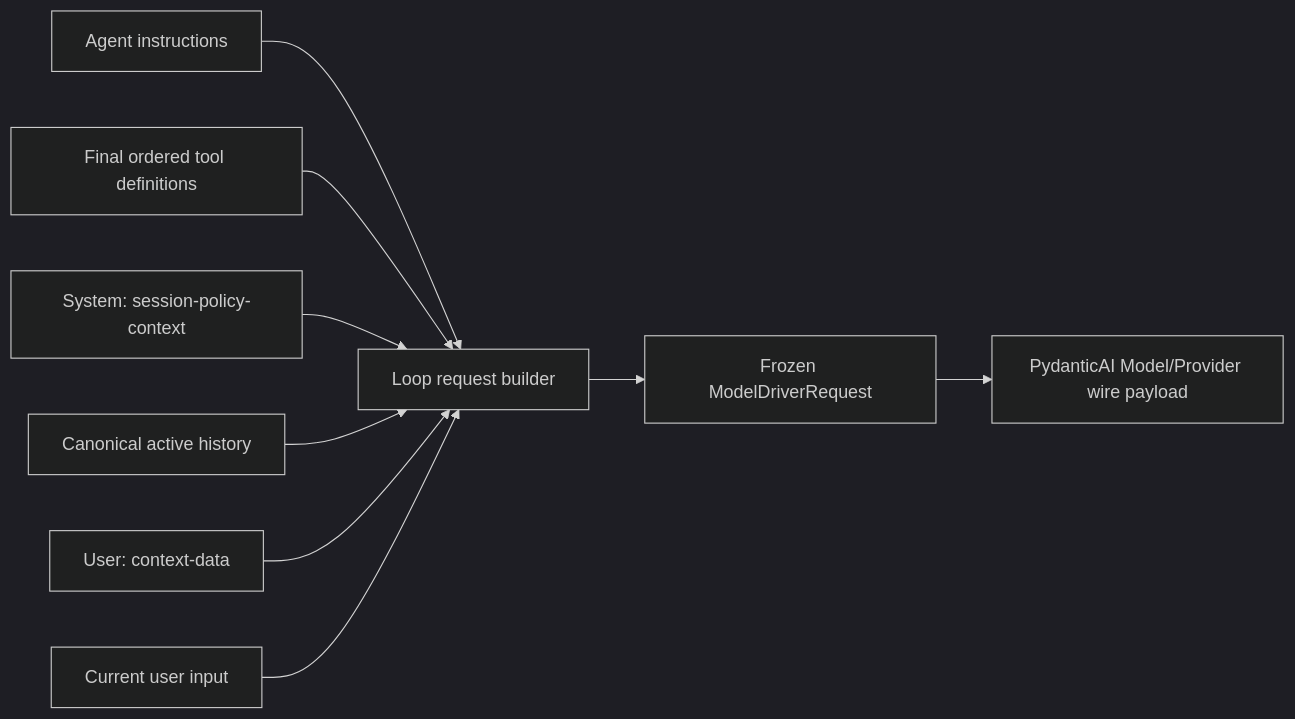
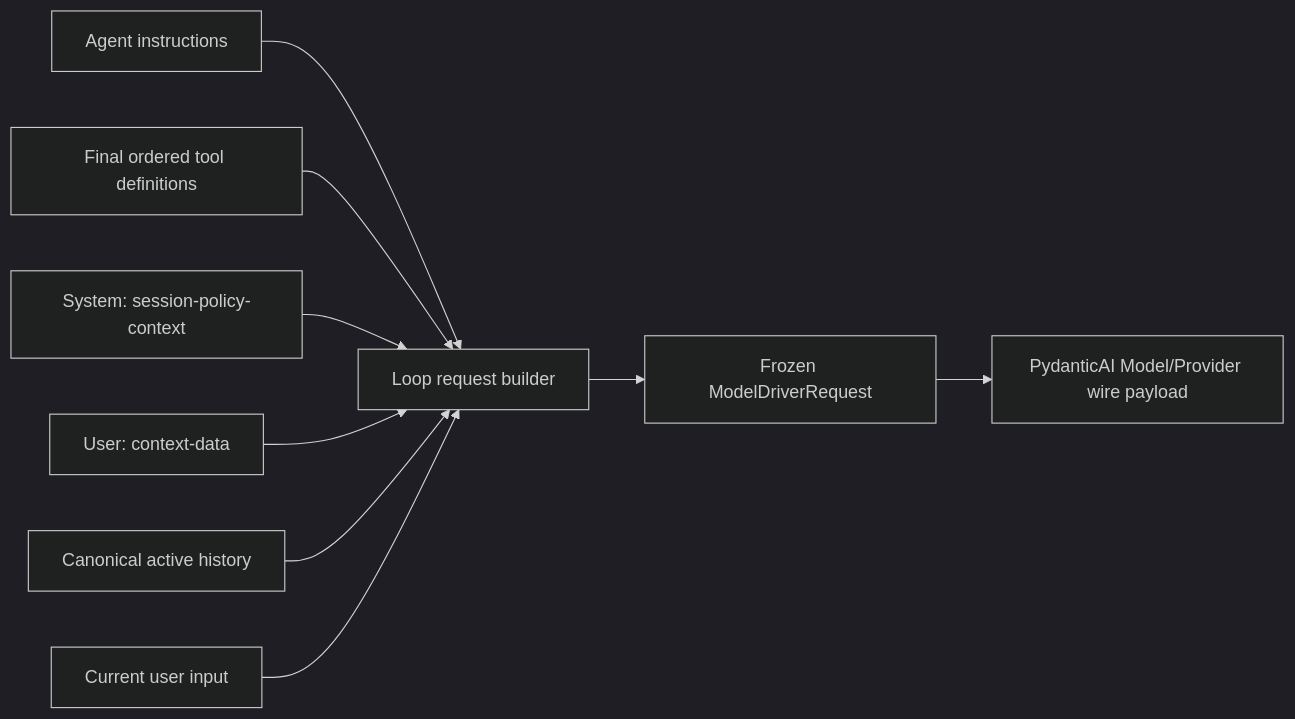
The first of 2 diagrams in docs/architecture-guide/03-context-and-memory.md (JasonYZzz/lumen), drawn with Mermaid (dark theme) before and after one commit. The commit also changed other lines of this file and 64 other files, not shown here.

````diff
--- a/docs/architecture-guide/03-context-and-memory.md
+++ b/docs/architecture-guide/03-context-and-memory.md
@@ -48,12 +53,12 @@
 ```mermaid
 flowchart LR
   I["Agent instructions"] --> P["Loop request builder"]
   T["Final ordered tool definitions"] --> P
   SP["System: session-policy-context"] --> P
+  UD["User: context-data"] --> P
   H["Canonical active history"] --> P
-  UD["User: context-data"] --> P
   U["Current user input"] --> P
   P --> D["Frozen ModelDriverRequest"]
   D --> W
   W["PydanticAI Model/Provider wire payload"]
 ```
````
